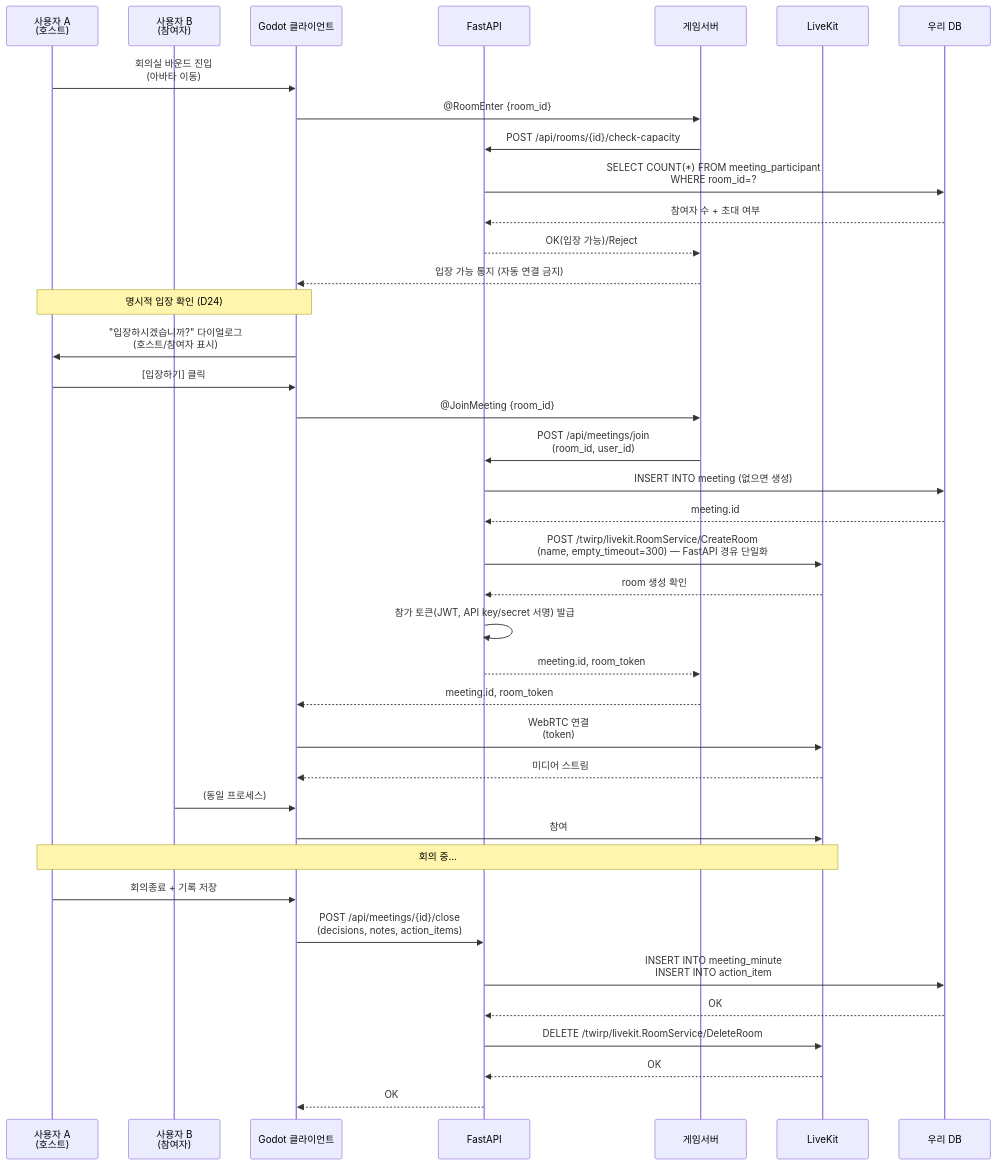
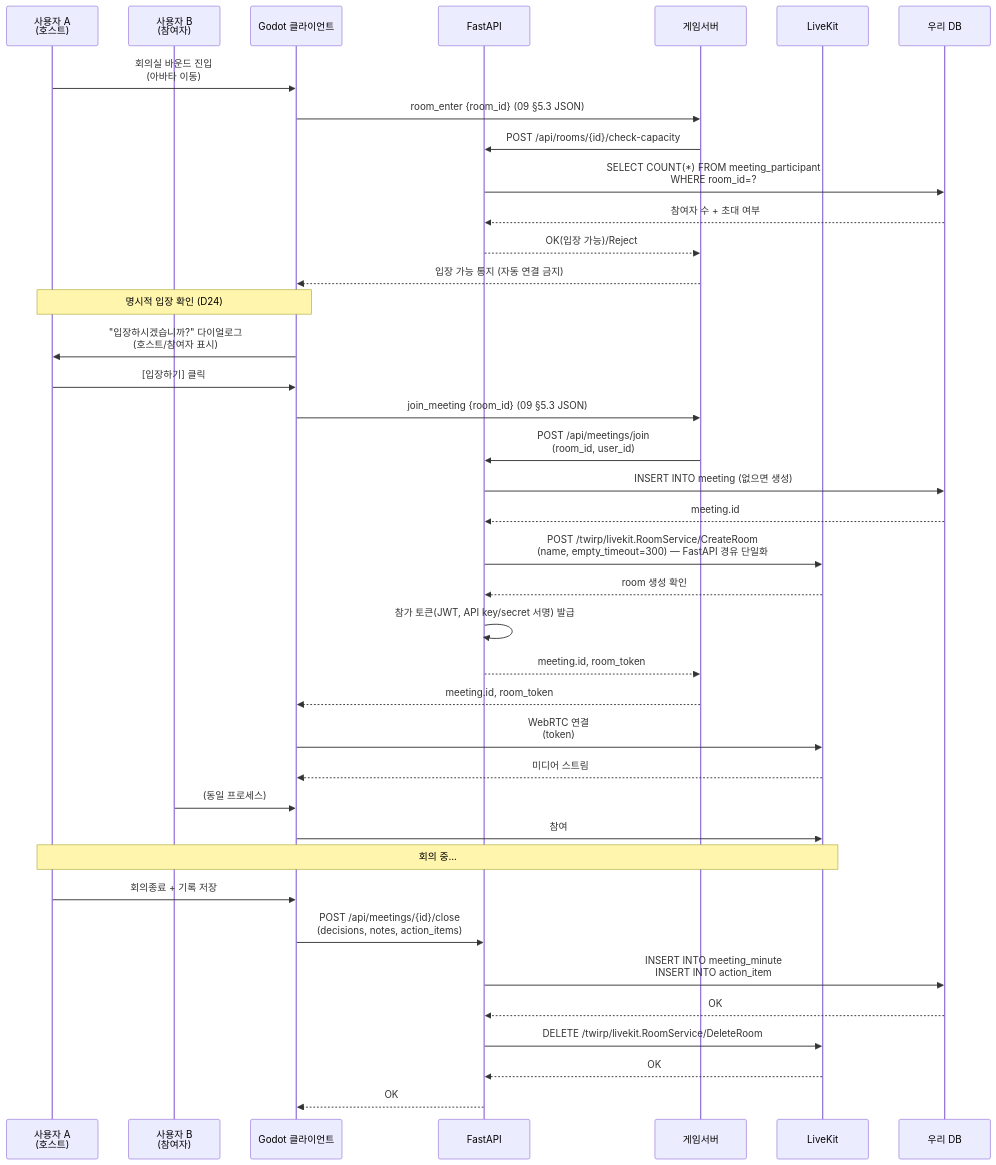
One commit to choiwjun/virtualoffice_new changed the fourth of 4 diagrams in docs/planning/02-trd-architecture.md. Above: the diagram before and after it, drawn with Mermaid. The commit also changed other lines of this file and 48 other files, not shown here.

````diff
--- a/docs/planning/02-trd-architecture.md
+++ b/docs/planning/02-trd-architecture.md
@@ -793,47 +797,47 @@
 ```mermaid
 sequenceDiagram
     participant User1 as 사용자 A<br/>(호스트)
     participant User2 as 사용자 B<br/>(참여자)
     participant GodotClient as Godot 클라이언트
     participant FastAPI as FastAPI
     participant GodotServer as 게임서버
     participant LiveKit as LiveKit
     participant OurDB as 우리 DB
 
     User1->>GodotClient: 회의실 바운드 진입<br/>(아바타 이동)
-    GodotClient->>GodotServer: @RoomEnter {room_id}
+    GodotClient->>GodotServer: room_enter {room_id} (09 §5.3 JSON)
     GodotServer->>FastAPI: POST /api/rooms/{id}/check-capacity
     FastAPI->>OurDB: SELECT COUNT(*) FROM meeting_participant<br/>WHERE room_id=?
     OurDB-->>FastAPI: 참여자 수 + 초대 여부
     FastAPI-->>GodotServer: OK(입장 가능)/Reject
     GodotServer-->>GodotClient: 입장 가능 통지 (자동 연결 금지)
 
     Note over GodotClient,User1: 명시적 입장 확인 (D24)
     GodotClient->>User1: "입장하시겠습니까?" 다이얼로그<br/>(호스트/참여자 표시)
     User1->>GodotClient: [입장하기] 클릭
 
-    GodotClient->>GodotServer: @JoinMeeting {room_id}
+    GodotClient->>GodotServer: join_meeting {room_id} (09 §5.3 JSON)
     GodotServer->>FastAPI: POST /api/meetings/join<br/>(room_id, user_id)
     FastAPI->>OurDB: INSERT INTO meeting (없으면 생성)
     OurDB-->>FastAPI: meeting.id
     FastAPI->>LiveKit: POST /twirp/livekit.RoomService/CreateRoom<br/>(name, empty_timeout=300) — FastAPI 경유 단일화
     LiveKit-->>FastAPI: room 생성 확인
     FastAPI->>FastAPI: 참가 토큰(JWT, API key/secret 서명) 발급
     FastAPI-->>GodotServer: meeting.id, room_token
     GodotServer-->>GodotClient: meeting.id, room_token
     GodotClient->>LiveKit: WebRTC 연결<br/>(token)
     LiveKit-->>GodotClient: 미디어 스트림
 
     User2->>GodotClient: (동일 프로세스)
     GodotClient->>LiveKit: 참여
 
     Note over User1,LiveKit: 회의 중...
 
     User1->>GodotClient: 회의종료 + 기록 저장
     GodotClient->>FastAPI: POST /api/meetings/{id}/close<br/>(decisions, notes, action_items)
     FastAPI->>OurDB: INSERT INTO meeting_minute<br/>INSERT INTO action_item
     OurDB-->>FastAPI: OK
     FastAPI->>LiveKit: DELETE /twirp/livekit.RoomService/DeleteRoom
     LiveKit-->>FastAPI: OK
     FastAPI-->>GodotClient: OK
 ```
````
